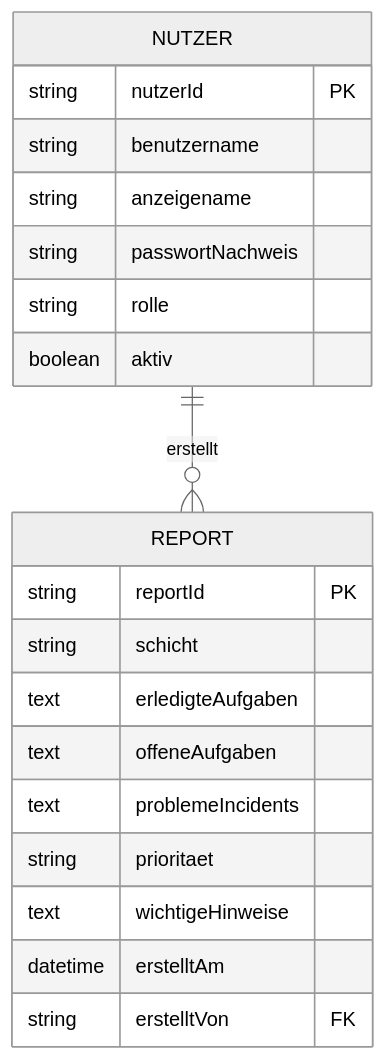
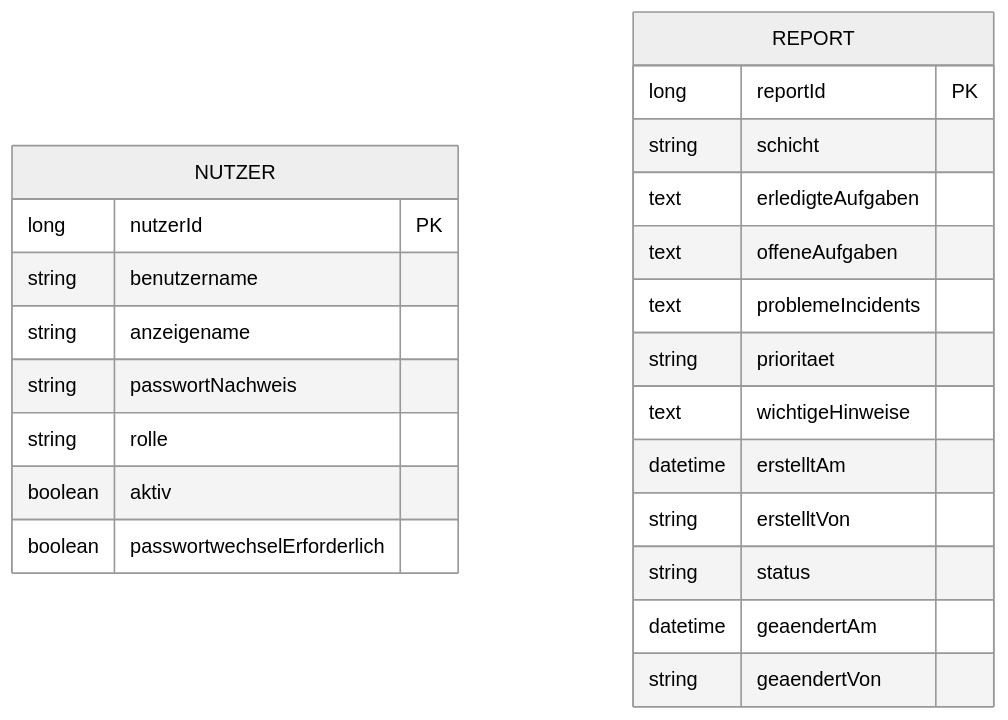
The diagram in docs/specification/D1-datenmodell.md (luisacordes2002-droid/Projekt-1-), drawn with Mermaid (neutral theme) before and after one commit. The commit also changed other lines of this file and 21 other files, not shown here.

````diff
--- a/docs/specification/D1-datenmodell.md
+++ b/docs/specification/D1-datenmodell.md
@@ -29,26 +28,28 @@
 ```mermaid
 erDiagram
-    NUTZER ||--o{ REPORT : erstellt
-
     NUTZER {
-        string nutzerId PK
+        long nutzerId PK
         string benutzername
         string anzeigename
         string passwortNachweis
         string rolle
         boolean aktiv
+        boolean passwortwechselErforderlich
     }
 
     REPORT {
-        string reportId PK
+        long reportId PK
         string schicht
         text erledigteAufgaben
         text offeneAufgaben
         text problemeIncidents
         string prioritaet
         text wichtigeHinweise
         datetime erstelltAm
-        string erstelltVon FK
+        string erstelltVon
+        string status
+        datetime geaendertAm
+        string geaendertVon
     }
 
 ```
````
